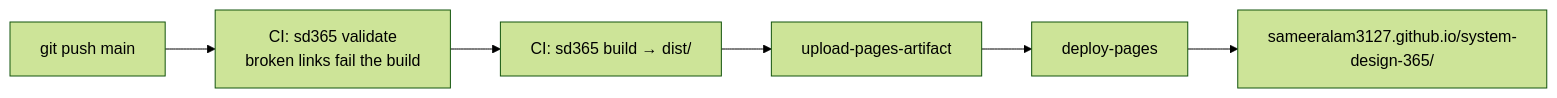
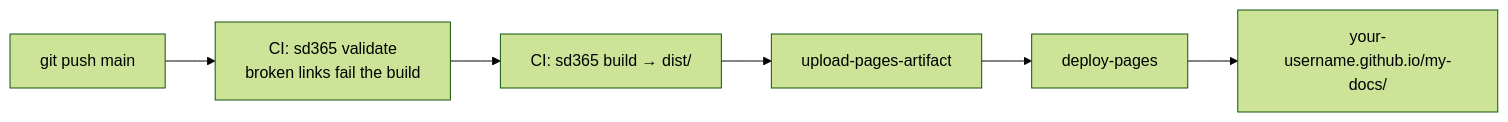
Before and after one commit to sameeralam3127/system-design-365: the fourth of 4 diagrams in ARCHITECTURE.md, drawn with Mermaid (forest theme). The commit also changed other lines of this file, not shown here.

First line of the commit message:
Genericise ARCHITECTURE.md for the template

````diff
--- a/ARCHITECTURE.md
+++ b/ARCHITECTURE.md
@@ -248,8 +248,8 @@
 ```mermaid
 flowchart LR
   P[git push main] --> V[CI: sd365 validate<br/>broken links fail the build]
   V --> B[CI: sd365 build → dist/]
   B --> U[upload-pages-artifact]
   U --> D[deploy-pages]
-  D --> S[sameeralam3127.github.io/system-design-365/]
+  D --> S[your-username.github.io/my-docs/]
 ```
````
